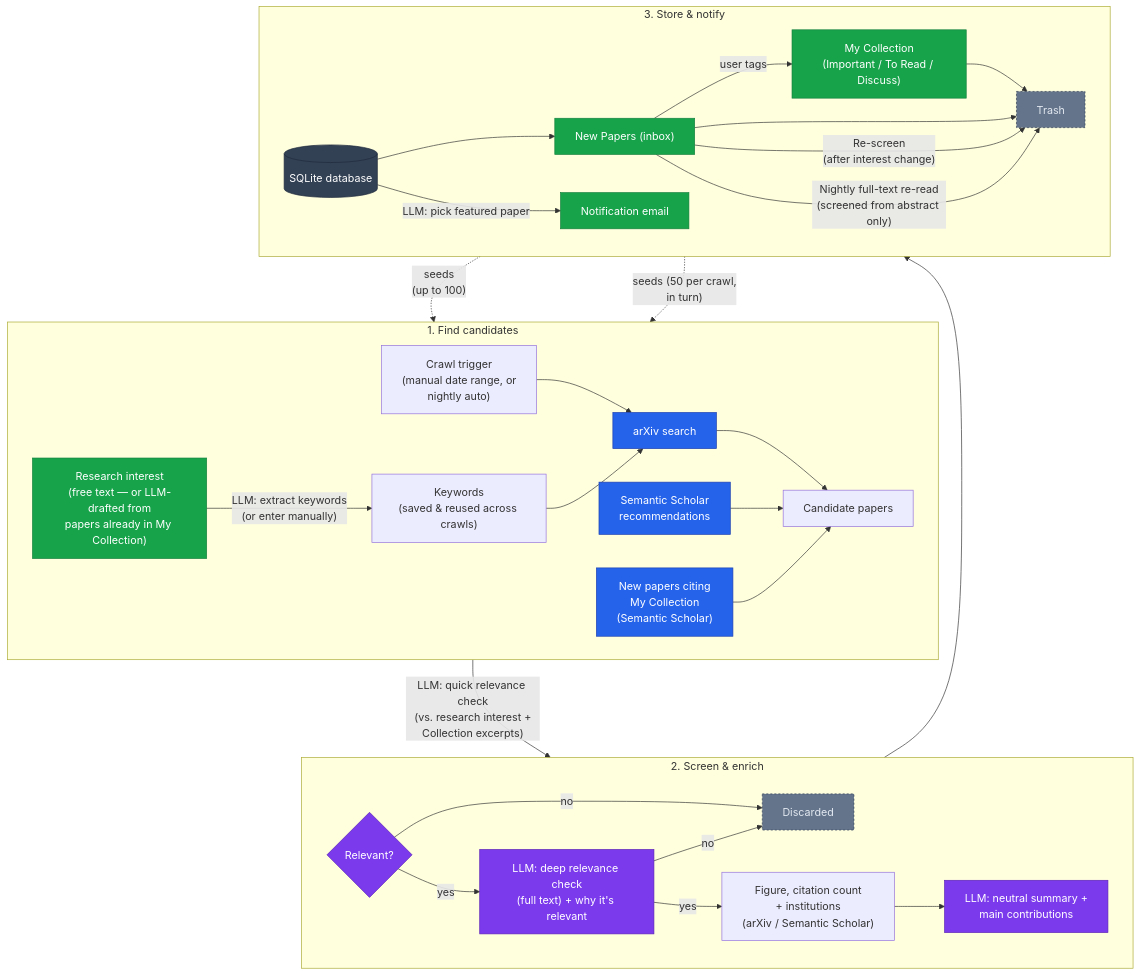
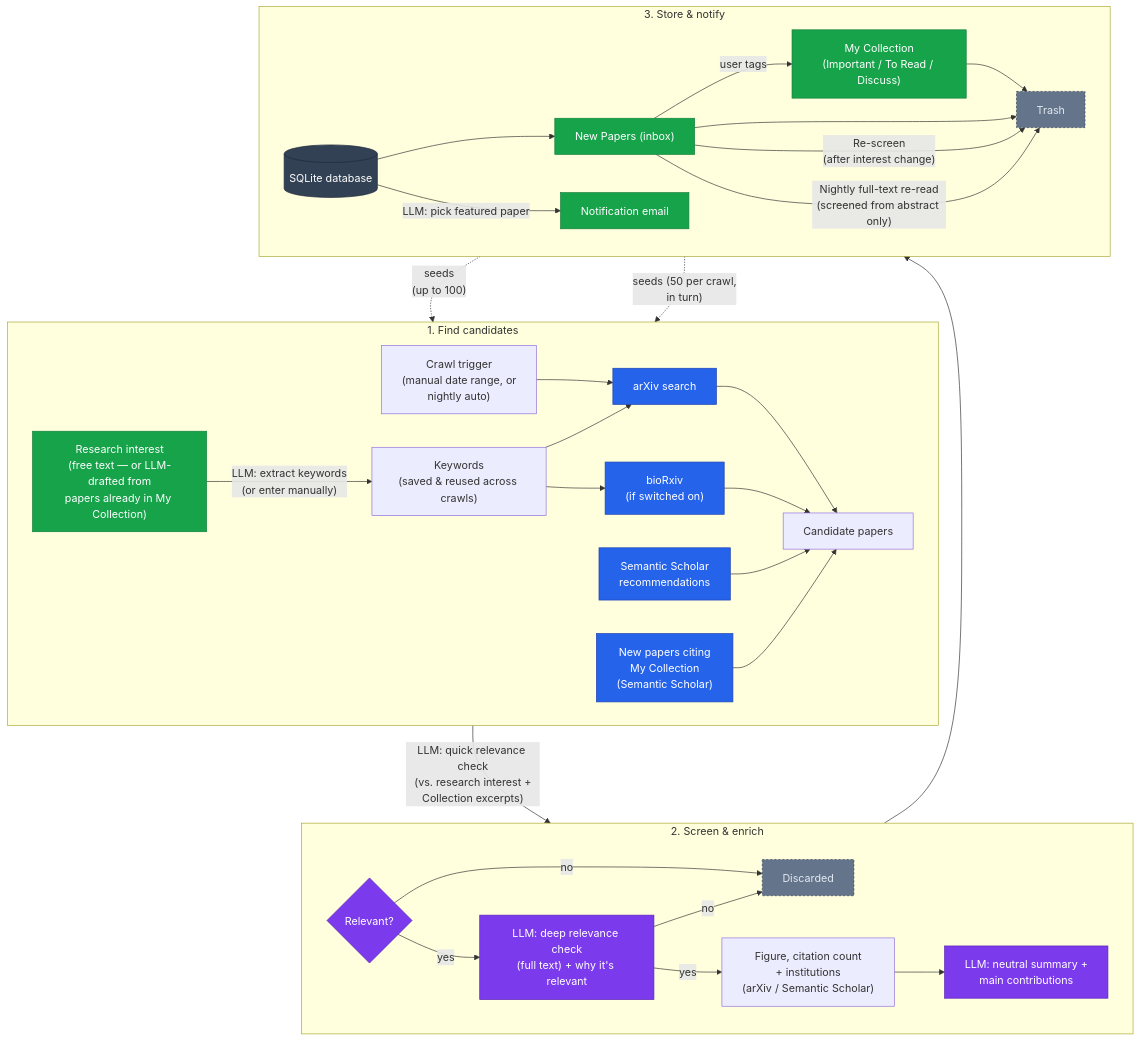
Before and after one commit to MassEast/paper-agent: the diagram in README.md, drawn with Mermaid. The commit also changed 7 other files, not shown here.

````diff
--- a/README.md
+++ b/README.md
@@ -26,48 +26,50 @@
 ```mermaid
 flowchart TD
     subgraph Phase1["1. Find candidates"]
         direction LR
         RI["Research interest<br/>(free text — or LLM-drafted from<br/>papers already in My Collection)"] -->|"LLM: extract keywords<br/>(or enter manually)"| KW["Keywords<br/>(saved & reused across crawls)"]
         SCHED["Crawl trigger<br/>(manual date range, or<br/>nightly auto)"] --> ARX["arXiv search"]
         KW --> ARX
+        KW --> BIO["bioRxiv<br/>(if switched on)"]
         ARX --> CAND["Candidate papers"]
+        BIO --> CAND
         SS["Semantic Scholar<br/>recommendations"] --> CAND
         CITE["New papers citing<br/>My Collection<br/>(Semantic Scholar)"] --> CAND
     end
 
     subgraph Phase2["2. Screen & enrich"]
         direction LR
         Q{Relevant?} -- yes --> DEEP["LLM: deep relevance check<br/>(full text) + why it's relevant"]
         Q -- no --> DROP["Discarded"]
         DEEP -- no --> DROP
         DEEP -- yes --> FIG["Figure, citation count<br/>+ institutions<br/>(arXiv / Semantic Scholar)"]
         FIG --> SUM["LLM: neutral summary +<br/>main contributions"]
     end
 
     subgraph Phase3["3. Store & notify"]
         direction LR
         DB[("SQLite database")] --> NEW["New Papers (inbox)"]
         NEW -->|"user tags"| COLL["My Collection<br/>(Important / To Read / Discuss)"]
         COLL --> TRASH["Trash"]
         NEW --> TRASH
         NEW -->|"Re-screen<br/>(after interest change)"| TRASH
         NEW -->|"Nightly full-text re-read<br/>(screened from abstract only)"| TRASH
         DB -->|"LLM: pick featured paper"| MAIL["Notification email"]
     end
 
     CAND -->|"LLM: quick relevance check<br/>(vs. research interest +<br/>Collection excerpts)"| Q
     SUM --> DB
     COLL -.->|"seeds<br/>(up to 100)"| SS
     COLL -.->|"seeds (50 per crawl,<br/>in turn)"| CITE
 
     classDef external fill:#2563eb,color:#fff,stroke:#1e40af,stroke-width:1px
     classDef llm fill:#7c3aed,color:#fff,stroke:#5b21b6,stroke-width:1px
     classDef store fill:#334155,color:#fff,stroke:#1e293b,stroke-width:1px
     classDef endpoint fill:#16a34a,color:#fff,stroke:#15803d,stroke-width:1px
     classDef dropped fill:#64748b,color:#e2e8f0,stroke:#334155,stroke-width:1px,stroke-dasharray:3 3
-    class ARX,SS,CITE external
+    class ARX,BIO,SS,CITE external
     class Q,DEEP,SUM llm
     class DB store
     class RI,NEW,COLL,MAIL endpoint
     class DROP,TRASH dropped
 ```
````
